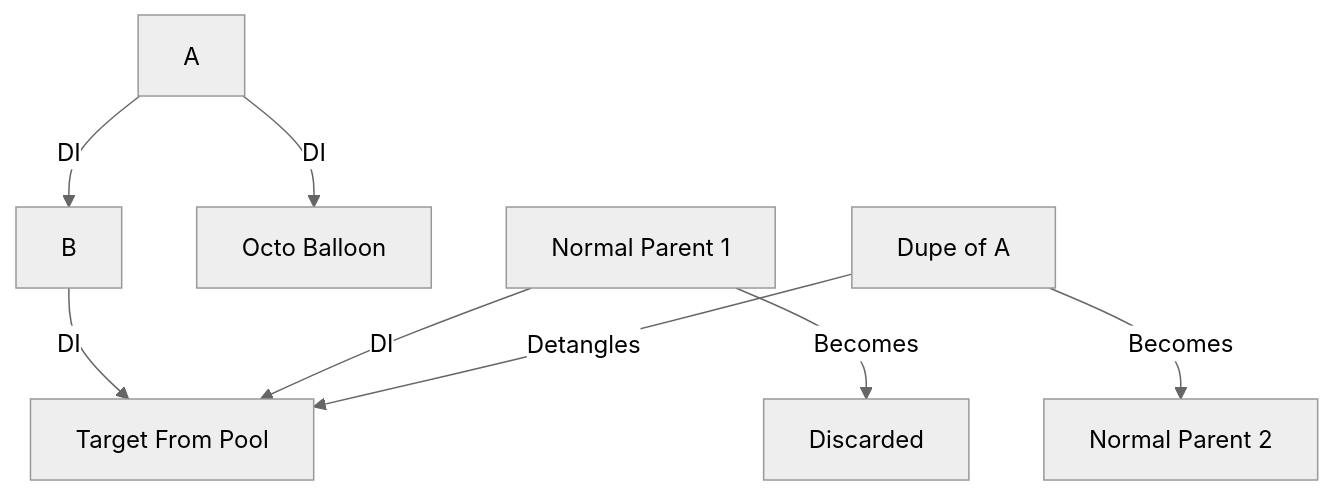
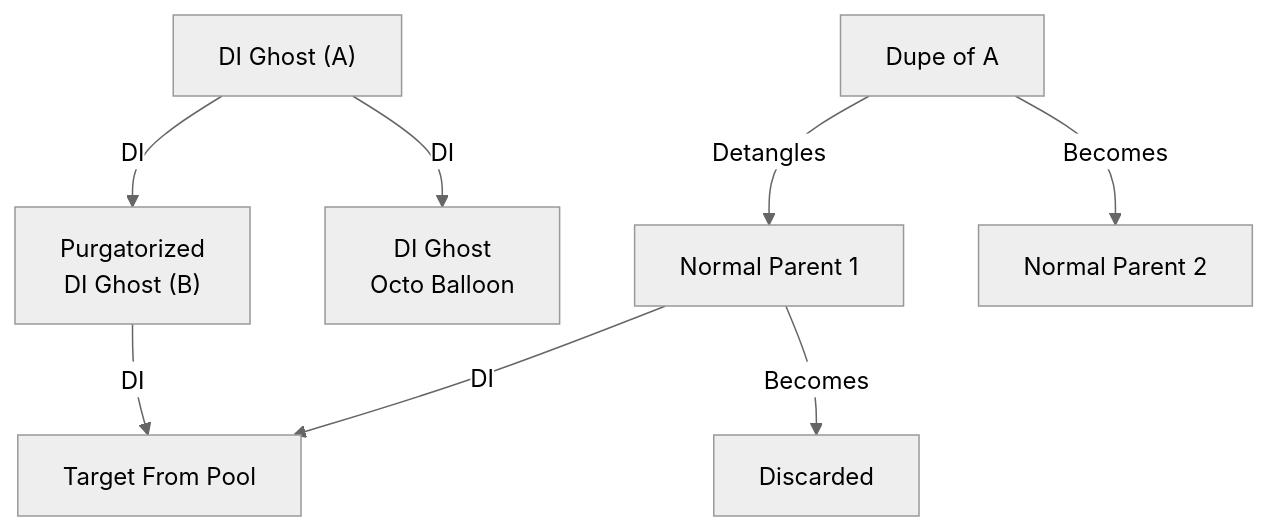
Before and after one commit to BKMzero/ultrabroken-documentation: diagram 12 of 14 in docs/wiki/glitchcraft/batch-despawn-interrupt.md, drawn with Mermaid (neutral theme). The commit also changed other lines of this file, not shown here.

````diff
--- a/docs/wiki/glitchcraft/batch-despawn-interrupt.md
+++ b/docs/wiki/glitchcraft/batch-despawn-interrupt.md
@@ -802,10 +830,19 @@
             ```mermaid
             graph TD
-                A[A] -->|DI| B[B]
-                A -->|DI| C[Octo Balloon]
-                B -->|DI| D[Target From Pool]
-                E[Normal Parent 1] -->|DI| D
-                F[Dupe of A] -->|Detangles| D
-                E -->|Becomes| G[Discarded]
-                F -->|Becomes| H[Normal Parent 2]
+                A["DI Ghost (A)"]
+                B["Purgatorized<br/>DI Ghost (B)"]
+                OCTO["DI Ghost<br/> Octo Balloon"]
+                C[Target From Pool]
+                D[Normal Parent 1]
+                E[Dupe of A]
+                F[Discarded]
+                G[Normal Parent 2]
+
+                A -->|DI| B
+                A -->|DI| OCTO
+                B -->|DI| C
+                D -->|DI| C
+                E -->|Detangles| D
+                D -->|Becomes| F
+                E -->|Becomes| G
             ```
````
